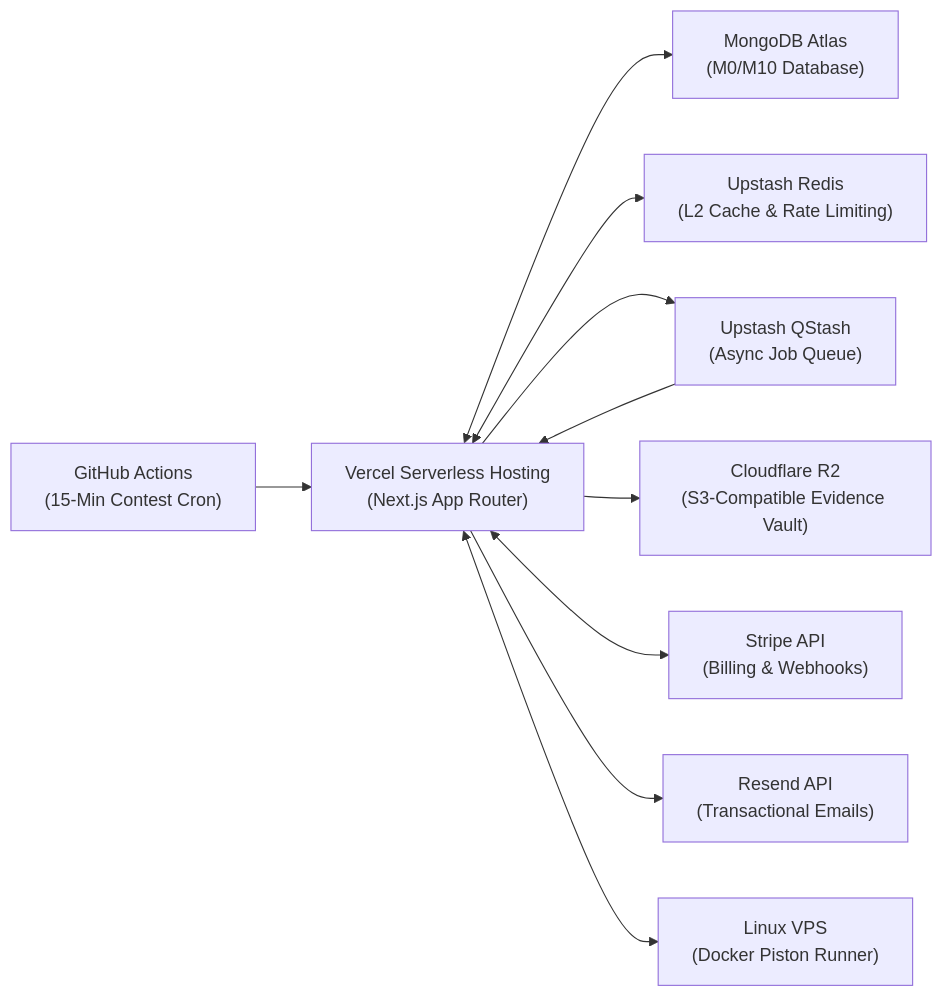
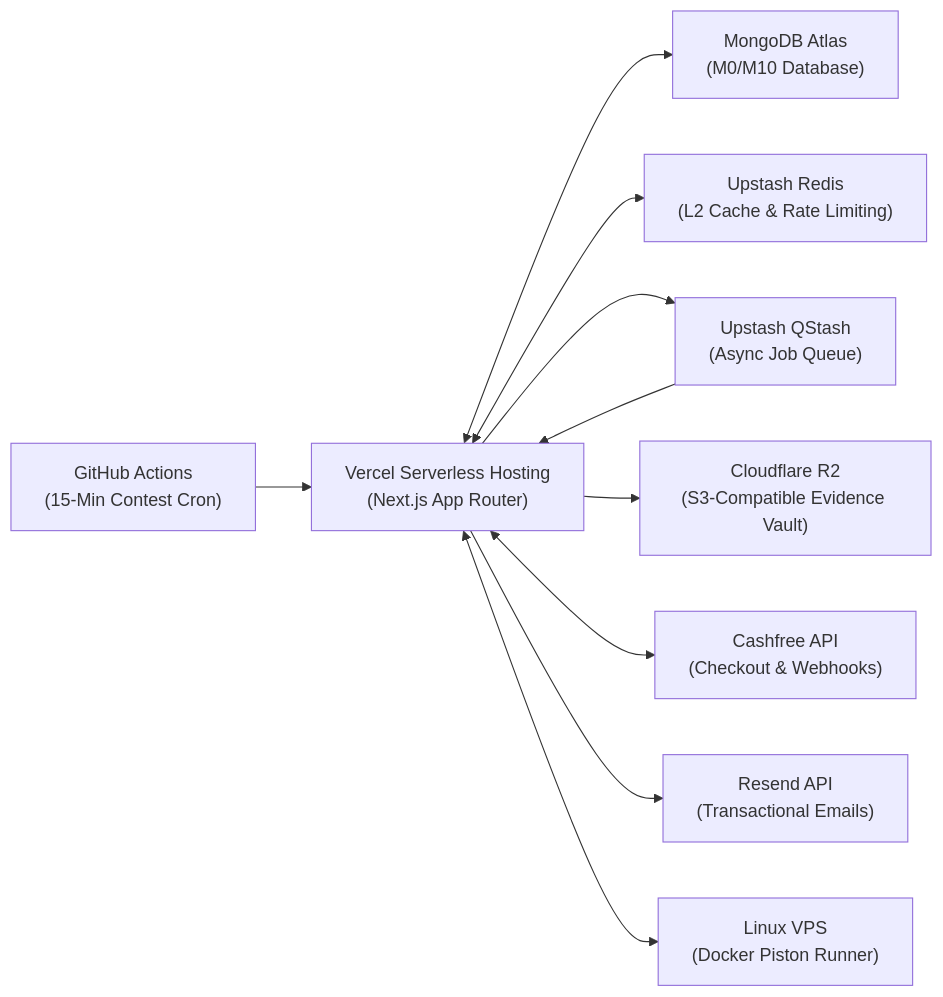
The second of 2 diagrams in docs/MASTER_DOCUMENTATION.md (MayankV004/OA-prep), drawn with Mermaid before and after one commit. The commit also changed other lines of this file and 54 other files, not shown here.

Commit message:
refactor: migrate payment gateway from Stripe to Cashfree

````diff
--- a/docs/MASTER_DOCUMENTATION.md
+++ b/docs/MASTER_DOCUMENTATION.md
@@ -638,22 +638,22 @@
 ```mermaid
 flowchart LR
     Vercel["Vercel Serverless Hosting\n(Next.js App Router)"]
     Atlas["MongoDB Atlas\n(M0/M10 Database)"]
     UpstashR["Upstash Redis\n(L2 Cache & Rate Limiting)"]
     UpstashQ["Upstash QStash\n(Async Job Queue)"]
     R2Store["Cloudflare R2\n(S3-Compatible Evidence Vault)"]
-    StripeAPI["Stripe API\n(Billing & Webhooks)"]
+    CashfreeAPI["Cashfree API\n(Checkout & Webhooks)"]
     ResendAPI["Resend API\n(Transactional Emails)"]
     PistonVPS["Linux VPS\n(Docker Piston Runner)"]
     GHACron["GitHub Actions\n(15-Min Contest Cron)"]
 
     Vercel <--> Atlas
     Vercel <--> UpstashR
     Vercel --> UpstashQ
     UpstashQ --> Vercel
     Vercel --> R2Store
-    Vercel <--> StripeAPI
+    Vercel <--> CashfreeAPI
     Vercel --> ResendAPI
     Vercel <--> PistonVPS
     GHACron --> Vercel
 ```
````
